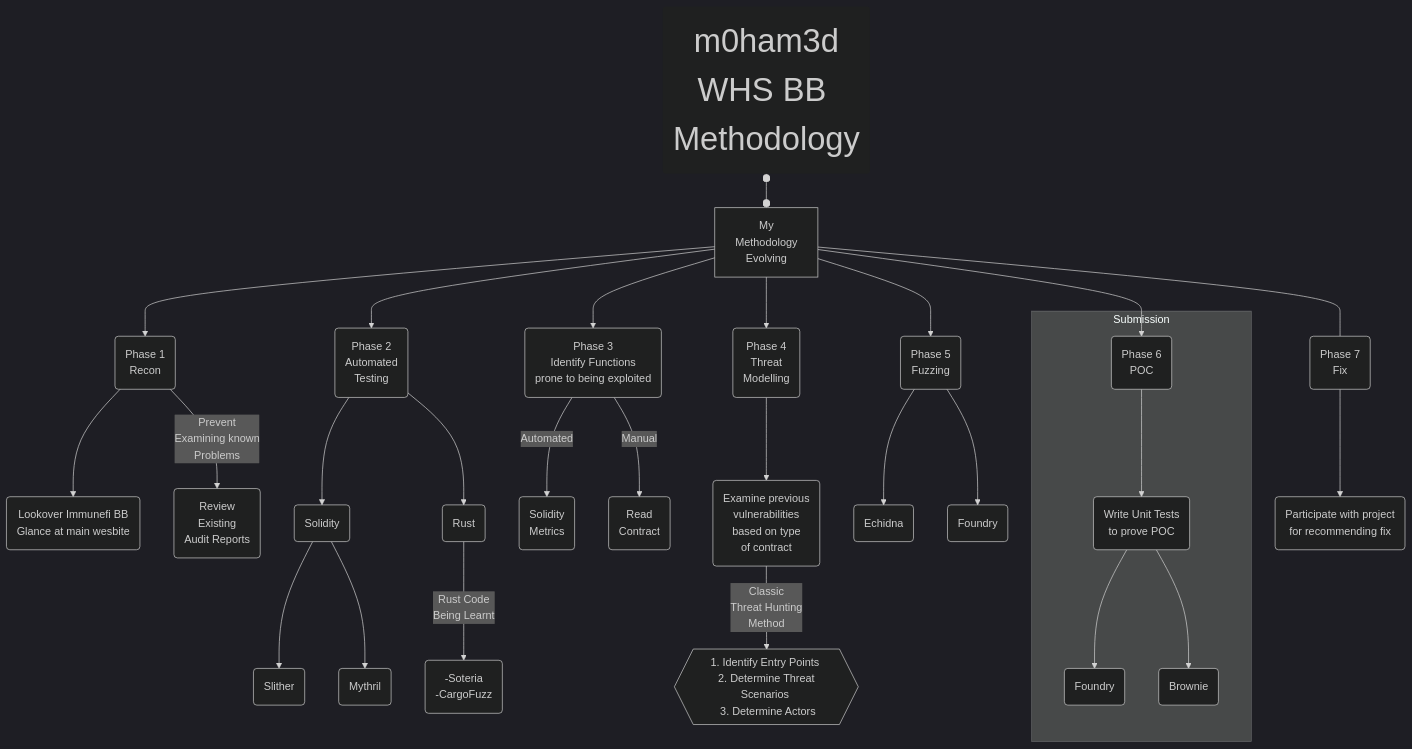
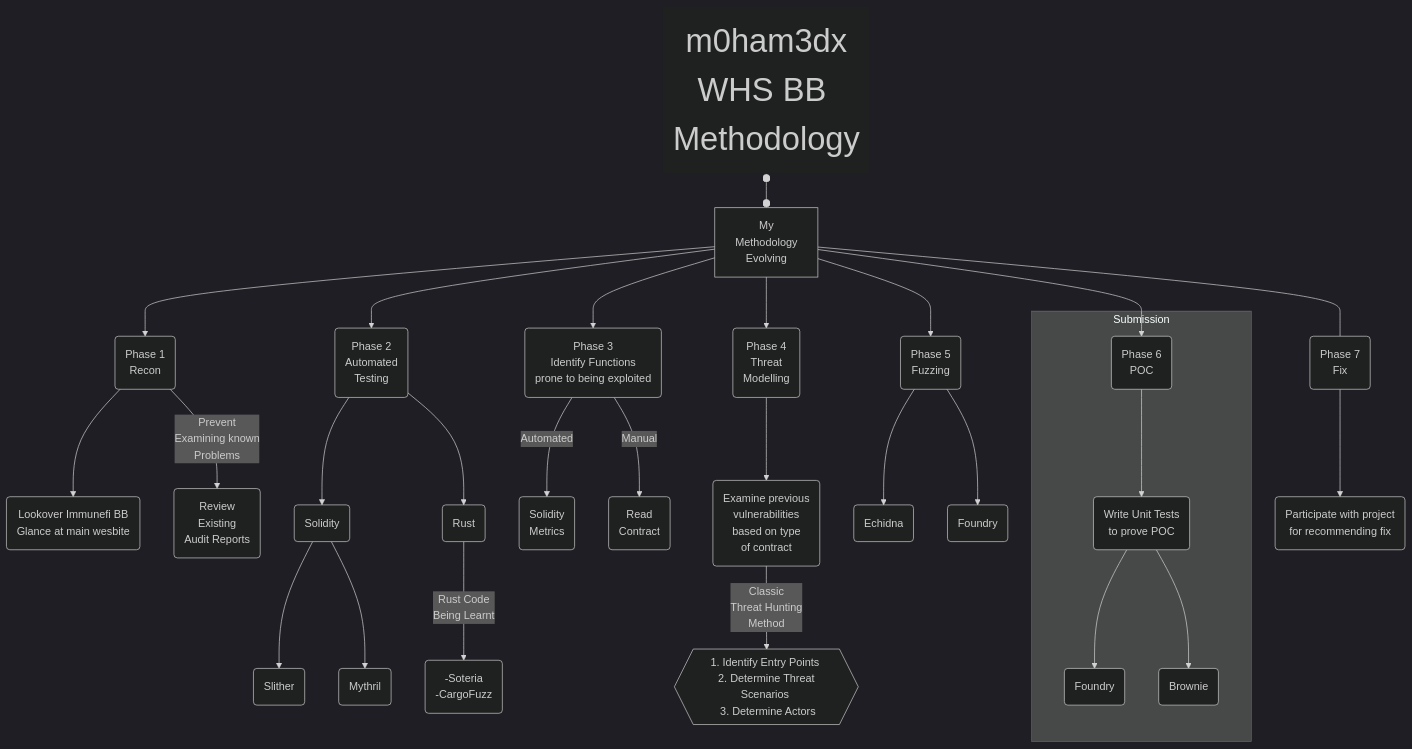
One commit to m0ham3dx/Immunefi-WHS-Report changed the second of 4 diagrams in b1/src/c2.md. Above: the diagram before and after it, drawn with Mermaid. The commit also changed other lines of this file and 4 other files, not shown here.

````diff
--- a/b1/src/c2.md
+++ b/b1/src/c2.md
@@ -51,51 +53,51 @@
 ```mermaid
 %%{init: {'theme':'dark'}}%%
 flowchart TD
 
     %% Header box
-    MX(<font size=20px>m0ham3d<br>WHS BB Methodology) o--oA 
+    MX(<font size=20px>m0ham3dx<br>WHS BB Methodology) o--oA 
             style MX stroke-width:0px
 
     %% Phase 1 
         A[My<br>Methodology<br>Evolving]-->B(Phase 1 <br> Recon)
         B --> B1(Lookover Immunefi BB <br> Glance at main wesbite)
         B --Prevent<br>Examining known<br>Problems --> B2(Review<br>Existing<br>Audit Reports )
 
     %% Phase 2 
         A --> C(Phase 2<br>Automated<br>Testing)
         C --> C1(Solidity<br>)
             C1 --> C11(Slither )
             C1 --> C12(Mythril )
         C --> C2(Rust<br>)
             C2 --Rust Code<br> Being Learnt  --> C21( -Soteria<br> -CargoFuzz )
 
     %% Phase 3 Identify Vulnerbale Function Boxes 
         A --> D(Phase 3<br> Identify Functions<br> prone to being exploited )
             D --Automated --> D1(Solidity<br>Metrics )
             D --Manual --> D2(Read<br>Contract )
 
     %% Phase 4 - Threat Modeling 
         A --> E(Phase 4<br>Threat<br>Modelling )
             E --> E1(Examine previous<br>vulnerabilities <br> based on type<br>of contract )
             E1 --Classic<br>Threat Hunting<br>Method <br>--> E2{{1. Identify Entry Points <br> 2. Determine Threat Scenarios <br> 3. Determine Actors }}
                     click E href "https://www.w3bs3c.com/list?recordId=recWW7im5o9S9uaDF" _blank
 
     %% Phase 5 Fuzzing 
         A --> F(Phase 5<br>Fuzzing )
             F --> F1(Echidna<br>)
             F --> F2(Foundry<br>)
                         click F2 href "https://book.getfoundry.sh/forge/fuzz-testing.html" _blank
 
     %% Phase 6 
         A --> G(Phase 6 <br> POC )
             subgraph Submission
                 G --> G1(Write Unit Tests<br>to prove POC )
                 G1 --> G2(Foundry )
                         click G2 href "https://book.getfoundry.sh/forge/writing-tests.html" _blank
                 G1 --> G3(Brownie )
             end
 
     %% Phase 7 
         A---H(Phase 7 <br> Fix  )
             H-->H1(Participate with project <br> for recommending fix )
 ```
````
